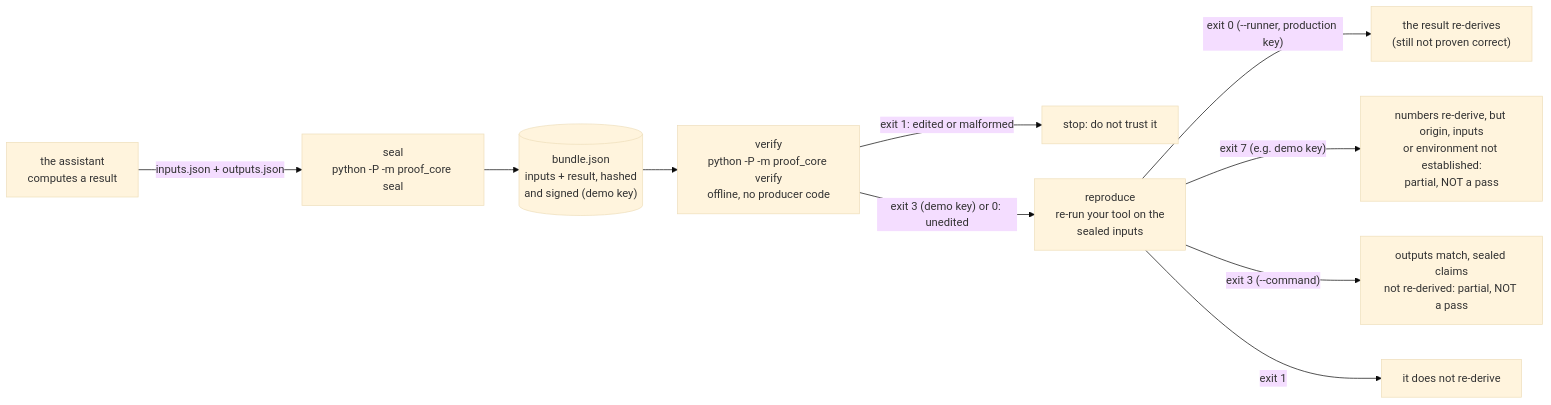
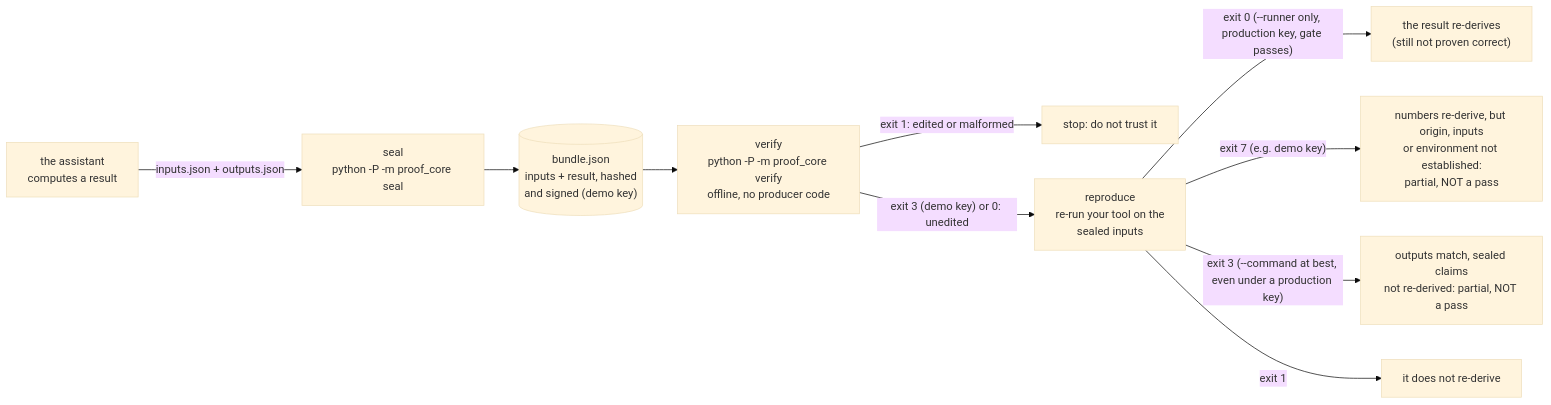
One commit to SMRFORGE/proof-core changed the first of 3 diagrams in README.md. Above: the diagram before and after it, drawn with Mermaid (base theme). The commit also changed other lines of this file and 3 other files, not shown here.

First line of the commit message:
docs: reproduce exit 0 is --runner only; --command exits 3 at best (0.8.2)

````diff
--- a/README.md
+++ b/README.md
@@ -75,12 +75,12 @@
 ```mermaid
 flowchart LR
     A["the assistant<br/>computes a result"] -->|"inputs.json + outputs.json"| S["seal<br/>python -P -m proof_core seal"]
     S --> B[("bundle.json<br/>inputs + result, hashed<br/>and signed (demo key)")]
     B --> V["verify<br/>python -P -m proof_core verify<br/>offline, no producer code"]
     V -->|"exit 1: edited or malformed"| X["stop: do not trust it"]
     V -->|"exit 3 (demo key) or 0: unedited"| R["reproduce<br/>re-run your tool on the<br/>sealed inputs"]
-    R -->|"exit 0 (--runner, production key)"| OK["the result re-derives<br/>(still not proven correct)"]
+    R -->|"exit 0 (--runner only, production key, gate passes)"| OK["the result re-derives<br/>(still not proven correct)"]
     R -->|"exit 7 (e.g. demo key)"| PART7["numbers re-derive, but origin, inputs<br/>or environment not established:<br/>partial, NOT a pass"]
-    R -->|"exit 3 (--command)"| PART["outputs match, sealed claims<br/>not re-derived: partial, NOT a pass"]
+    R -->|"exit 3 (--command at best, even under a production key)"| PART["outputs match, sealed claims<br/>not re-derived: partial, NOT a pass"]
     R -->|"exit 1"| NR["it does not re-derive"]
 ```
````
